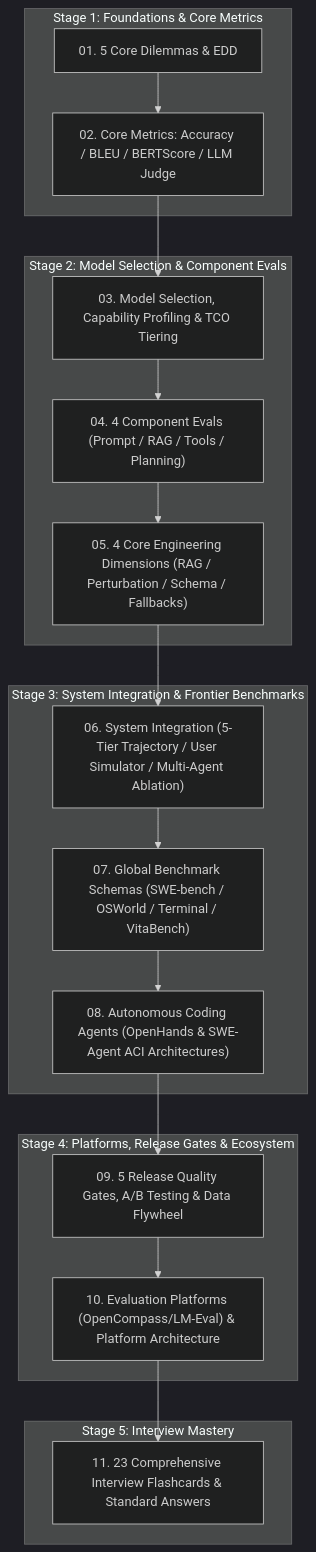
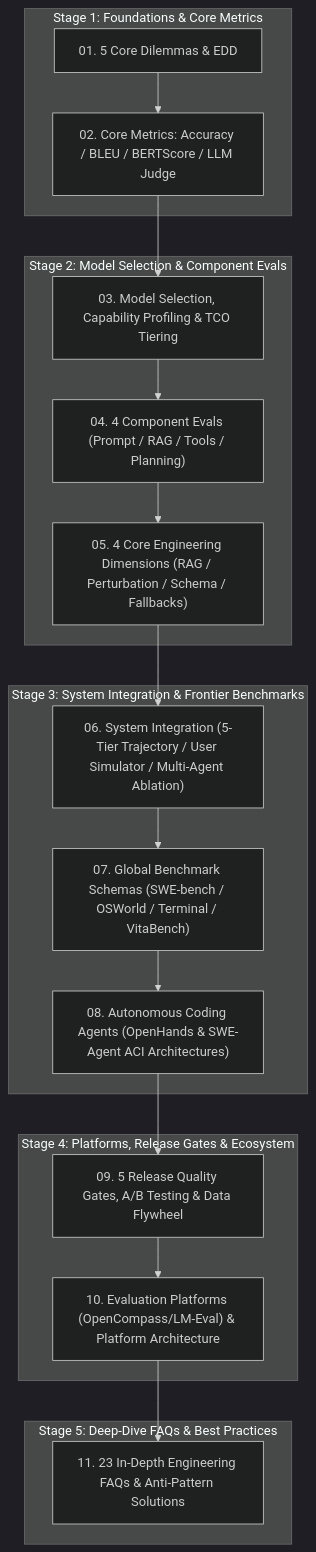
One commit to Anlon-27/awesome-agent-eval changed the diagram in README_EN.md. Above: the diagram before and after it, drawn with Mermaid (dark theme). The commit also changed other lines of this file and 4 other files, not shown here.

Commit message:
refactor: Standardize all documentation into pure technical learning and engineering best practices

````diff
--- a/README_EN.md
+++ b/README_EN.md
@@ -30,27 +30,27 @@
 ```mermaid
 graph TD
     subgraph STAGE1["Stage 1: Foundations & Core Metrics"]
         D1["01. 5 Core Dilemmas & EDD"] --> D2["02. Core Metrics: Accuracy / BLEU / BERTScore / LLM Judge"]
     end
 
     subgraph STAGE2["Stage 2: Model Selection & Component Evals"]
         D2 --> D3["03. Model Selection, Capability Profiling & TCO Tiering"]
         D3 --> D4["04. 4 Component Evals (Prompt / RAG / Tools / Planning)"]
         D4 --> D5["05. 4 Core Engineering Dimensions (RAG / Perturbation / Schema / Fallbacks)"]
     end
 
     subgraph STAGE3["Stage 3: System Integration & Frontier Benchmarks"]
         D5 --> D6["06. System Integration (5-Tier Trajectory / User Simulator / Multi-Agent Ablation)"]
         D6 --> D7["07. Global Benchmark Schemas (SWE-bench / OSWorld / Terminal / VitaBench)"]
         D7 --> D8["08. Autonomous Coding Agents (OpenHands & SWE-Agent ACI Architectures)"]
     end
 
     subgraph STAGE4["Stage 4: Platforms, Release Gates & Ecosystem"]
         D8 --> D9["09. 5 Release Quality Gates, A/B Testing & Data Flywheel"]
         D9 --> D10["10. Evaluation Platforms (OpenCompass/LM-Eval) & Platform Architecture"]
     end
 
-    subgraph STAGE5["Stage 5: Interview Mastery"]
-        D10 --> D11["11. 23 Comprehensive Interview Flashcards & Standard Answers"]
+    subgraph STAGE5["Stage 5: Deep-Dive FAQs & Best Practices"]
+        D10 --> D11["11. 23 In-Depth Engineering FAQs & Anti-Pattern Solutions"]
     end
 ```
````
